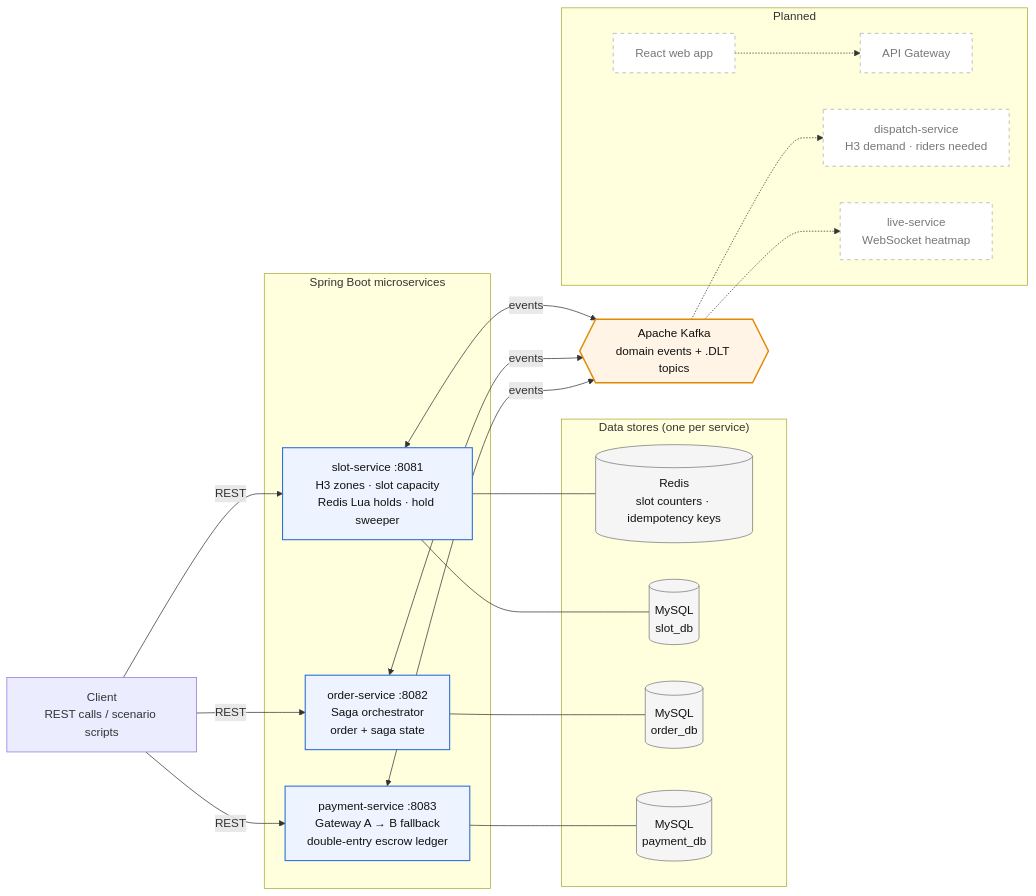
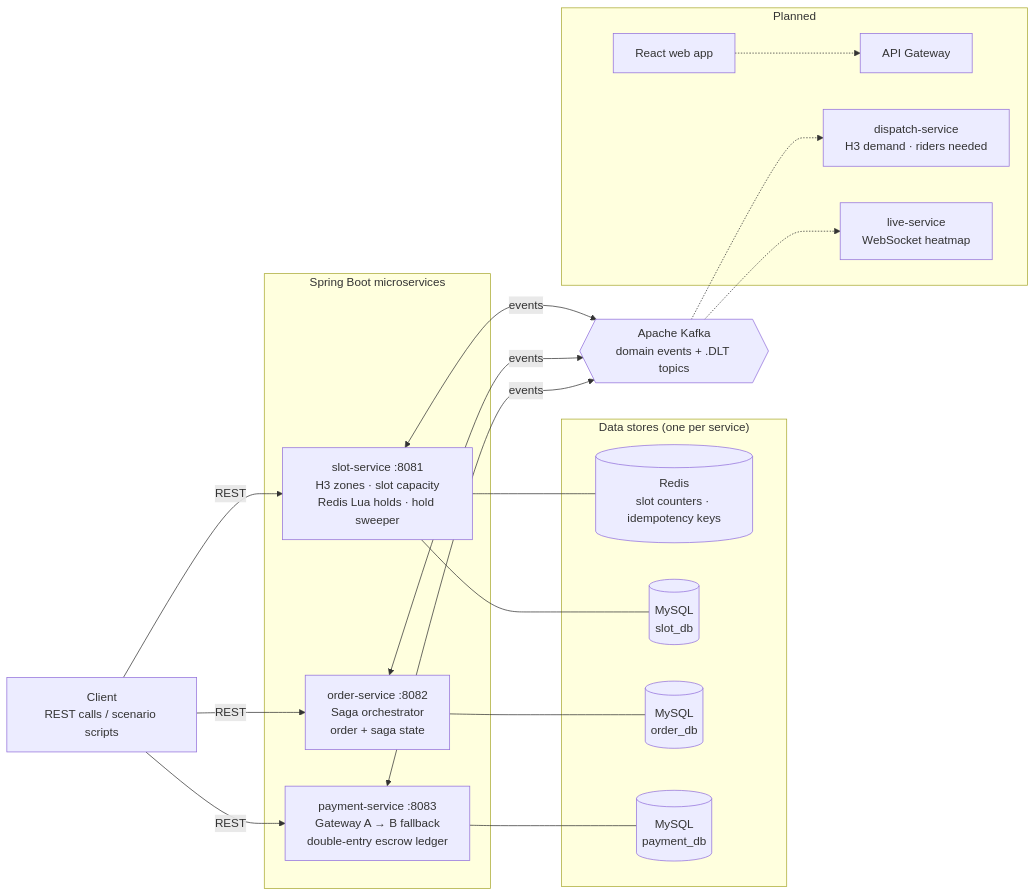
One commit to Rajasreesingamshetty5geetha/slotsure changed the diagram in README.md. Above: the diagram before and after it, drawn with Mermaid.

````diff
--- a/README.md
+++ b/README.md
@@ -21,52 +21,48 @@
 ```mermaid
 flowchart LR
     client["Client<br/>REST calls / scenario scripts"]
 
     subgraph svc["Spring Boot microservices"]
         slot["slot-service :8081<br/>H3 zones · slot capacity<br/>Redis Lua holds · hold sweeper"]
         order["order-service :8082<br/>Saga orchestrator<br/>order + saga state"]
         payment["payment-service :8083<br/>Gateway A → B fallback<br/>double-entry escrow ledger"]
     end
 
     kafka{{"Apache Kafka<br/>domain events + .DLT topics"}}
 
     subgraph data["Data stores (one per service)"]
         redis[("Redis<br/>slot counters · idempotency keys")]
         slotdb[("MySQL<br/>slot_db")]
         orderdb[("MySQL<br/>order_db")]
         paydb[("MySQL<br/>payment_db")]
     end
 
     subgraph planned["Planned"]
         gw["API Gateway"]
         dispatch["dispatch-service<br/>H3 demand · riders needed"]
         live["live-service<br/>WebSocket heatmap"]
         web["React web app"]
     end
 
     client -->|REST| slot
     client -->|REST| order
     client -->|REST| payment
 
     slot <-->|events| kafka
     order <-->|events| kafka
     payment <-->|events| kafka
 
     slot --- redis
     slot --- slotdb
     order --- orderdb
     payment --- paydb
 
     web -.-> gw
     kafka -.-> dispatch
     kafka -.-> live
 
-    classDef core fill:#eef4ff,stroke:#2f6fdb,stroke-width:1.5px,color:#111;
-    classDef bus fill:#fff4e5,stroke:#e08a00,stroke-width:2px,color:#111;
-    classDef store fill:#f5f5f5,stroke:#777,color:#111;
-    classDef future fill:#ffffff,stroke:#aaa,stroke-dasharray:5 5,color:#777;
     class slot,order,payment core;
     class kafka bus;
     class redis,slotdb,orderdb,paydb store;
     class gw,dispatch,live,web future;
 ```
````
